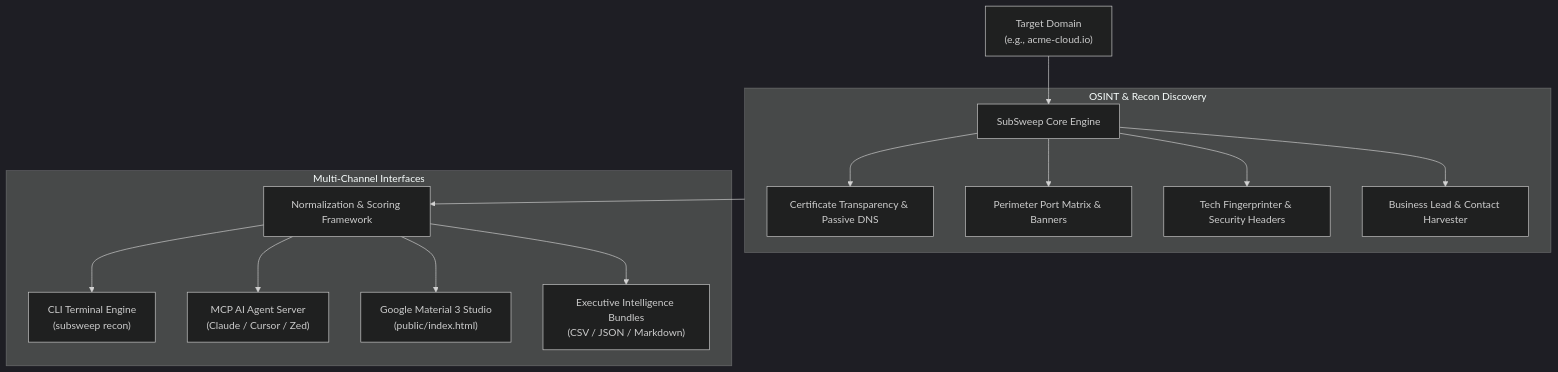
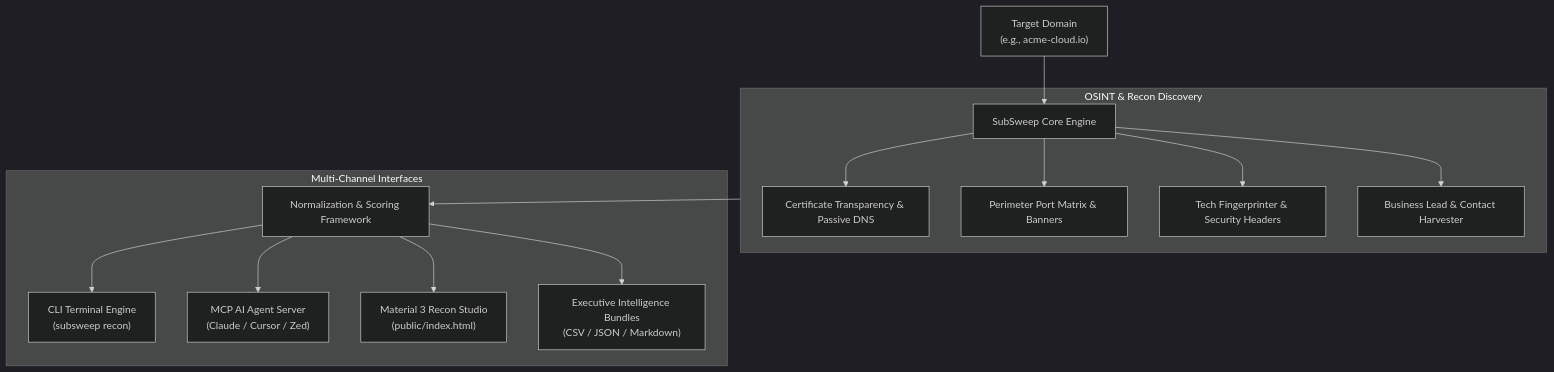
One commit to 1nc0gn30/subsweep-lead-scanner changed the diagram in README.md. Above: the diagram before and after it, drawn with Mermaid (dark theme). The commit also changed other lines of this file and 1 other file, not shown here.

Commit message:
rebrand: SubSweep Studio branding with Material 3 design influence

````diff
--- a/README.md
+++ b/README.md
@@ -47,20 +47,20 @@
 ```mermaid
 flowchart TD
     Target["Target Domain\n(e.g., acme-cloud.io)"] --> Engine["SubSweep Core Engine"]
     
     subgraph Discovery ["OSINT & Recon Discovery"]
         Engine --> CT["Certificate Transparency & Passive DNS"]
         Engine --> Ports["Perimeter Port Matrix & Banners"]
         Engine --> Tech["Tech Fingerprinter & Security Headers"]
         Engine --> Leads["Business Lead & Contact Harvester"]
     end
 
     Discovery --> Merge["Normalization & Scoring Framework"]
 
     subgraph Interfaces ["Multi-Channel Interfaces"]
         Merge --> CLI["CLI Terminal Engine\n(subsweep recon)"]
         Merge --> MCP["MCP AI Agent Server\n(Claude / Cursor / Zed)"]
-        Merge --> UI["Google Material 3 Studio\n(public/index.html)"]
+        Merge --> UI["Material 3 Recon Studio\n(public/index.html)"]
         Merge --> Exporters["Executive Intelligence Bundles\n(CSV / JSON / Markdown)"]
     end
 ```
````
